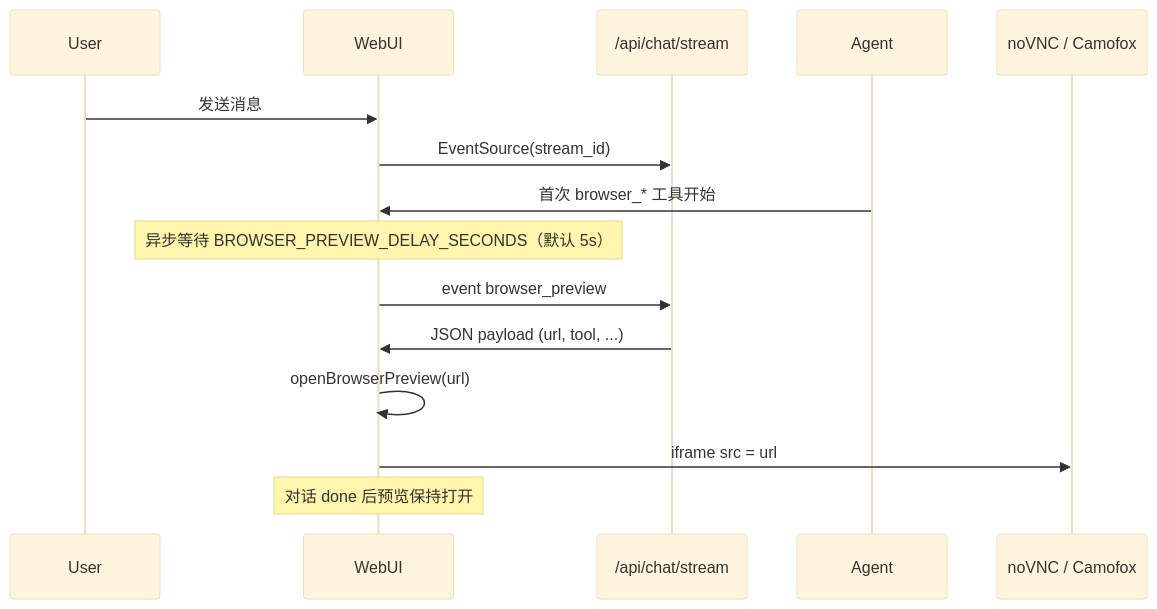
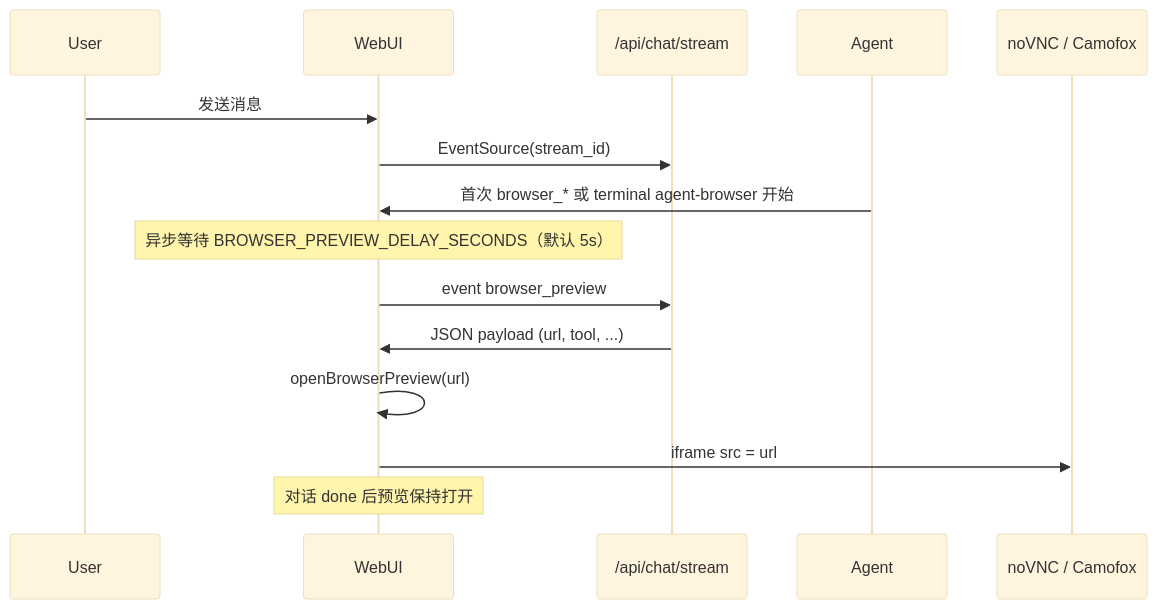
One commit to Jerryyyy0/hermes-webui changed the diagram in docs/browser-preview-sse.md. Above: the diagram before and after it, drawn with Mermaid (base theme). The commit also changed other lines of this file and 60 other files, not shown here.

````diff
--- a/docs/browser-preview-sse.md
+++ b/docs/browser-preview-sse.md
@@ -141,18 +145,18 @@
 ```mermaid
 sequenceDiagram
   participant User
   participant WebUI
   participant SSE as /api/chat/stream
   participant Agent
   participant VNC as noVNC / Camofox
 
   User->>WebUI: 发送消息
   WebUI->>SSE: EventSource(stream_id)
-  Agent->>WebUI: 首次 browser_* 工具开始
+  Agent->>WebUI: 首次 browser_* 或 terminal agent-browser 开始
   Note over WebUI: 异步等待 BROWSER_PREVIEW_DELAY_SECONDS（默认 5s）
   WebUI->>SSE: event browser_preview
   SSE->>WebUI: JSON payload (url, tool, ...)
   WebUI->>WebUI: openBrowserPreview(url)
   WebUI->>VNC: iframe src = url
   Note over WebUI: 对话 done 后预览保持打开
 ```
````
